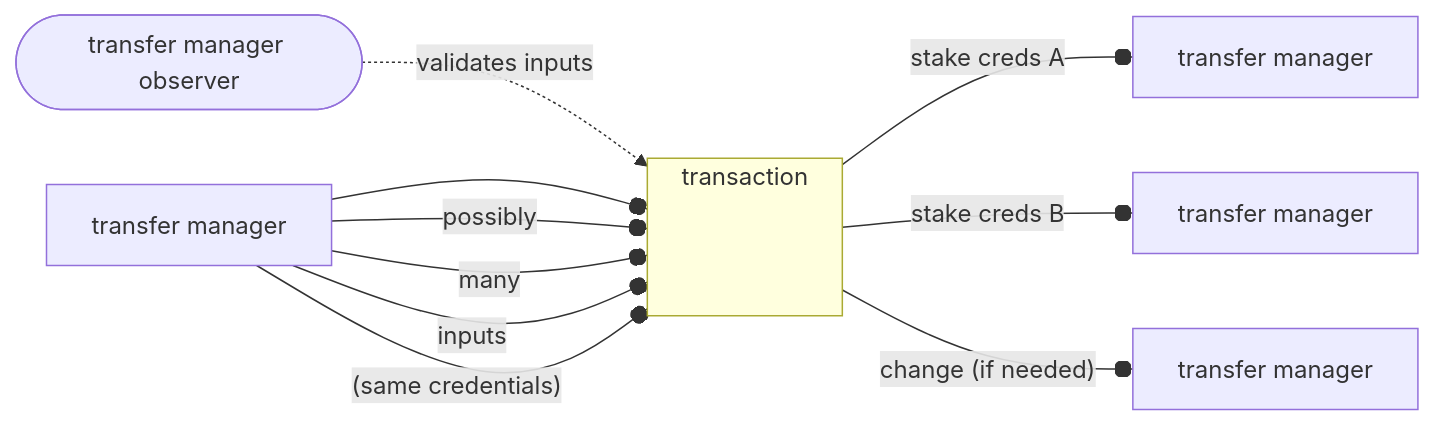
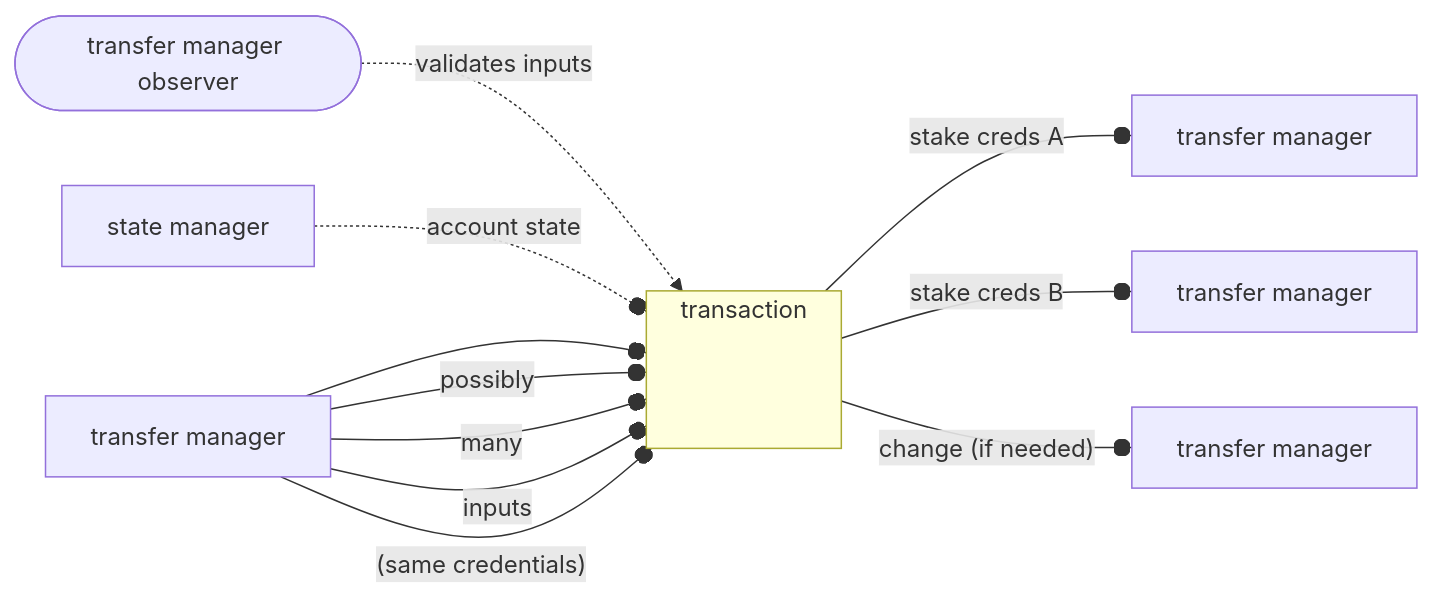
The seventh of 7 diagrams in CIP-meta-assets (ERC20-like assets)/README.md (cardano-foundation/CIPs), drawn with Mermaid before and after one commit.

Commit message:
missed ref input

````diff
--- a/CIP-meta-assets (ERC20-like assets)/README.md
+++ b/CIP-meta-assets (ERC20-like assets)/README.md
@@ -375,26 +375,29 @@
 ```mermaid
 flowchart LR
+    transferManagerObserver([transfer manager observer])
+    stateManagerContract[state manager]
     transferManagerContract[transfer manager]
-    transferManagerObserver([transfer manager observer])
 
     A[transfer manager]
     B[transfer manager]
     same[transfer manager]
 
     subgraph transaction
         .[ ]
         style . fill:#FFFFFF00, stroke:#FFFFFF00;
     end
 
     transferManagerObserver -. validates inputs .-> transaction
 
+    stateManagerContract -. account state .-o transaction
+
     transferManagerContract --o transaction
     transferManagerContract -- possibly --o transaction
     transferManagerContract -- many --o transaction
     transferManagerContract -- inputs --o transaction
     transferManagerContract -- (same credentials) --o transaction
 
     transaction -- stake creds A --o A
     transaction -- stake creds B --o B
     transaction -- change (if needed) --o same
 ```
````
